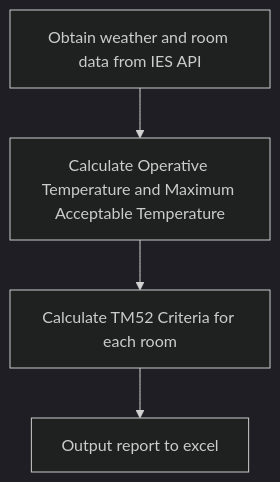
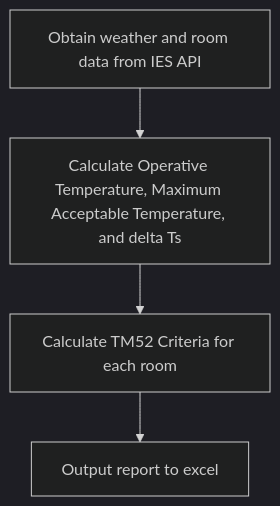
One commit to maxfordham/adaptive-comfort changed the diagram in book/calculation.md. Above: the diagram before and after it, drawn with Mermaid (dark theme). The commit also changed other lines of this file, not shown here.

````diff
--- a/book/calculation.md
+++ b/book/calculation.md
@@ -7,4 +7,4 @@
 ```mermaid
 flowchart TD
-    A[Obtain weather and room data from IES API] --> B[Calculate Operative Temperature and Maximum Acceptable Temperature] --> C[Calculate TM52 Criteria for each room] --> D[Output report to excel]
+    A[Obtain weather and room data from IES API] --> B[Calculate Operative Temperature, Maximum Acceptable Temperature, and delta Ts] --> C[Calculate TM52 Criteria for each room] --> D[Output report to excel]
 ```
````
